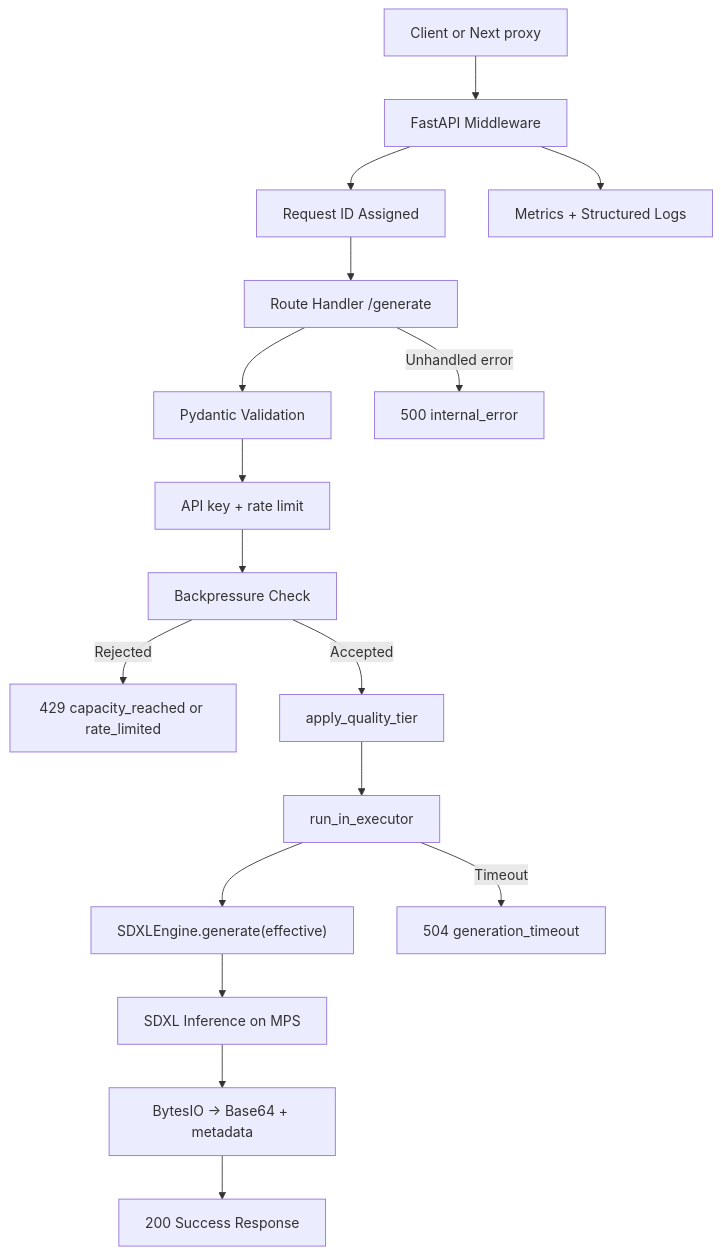
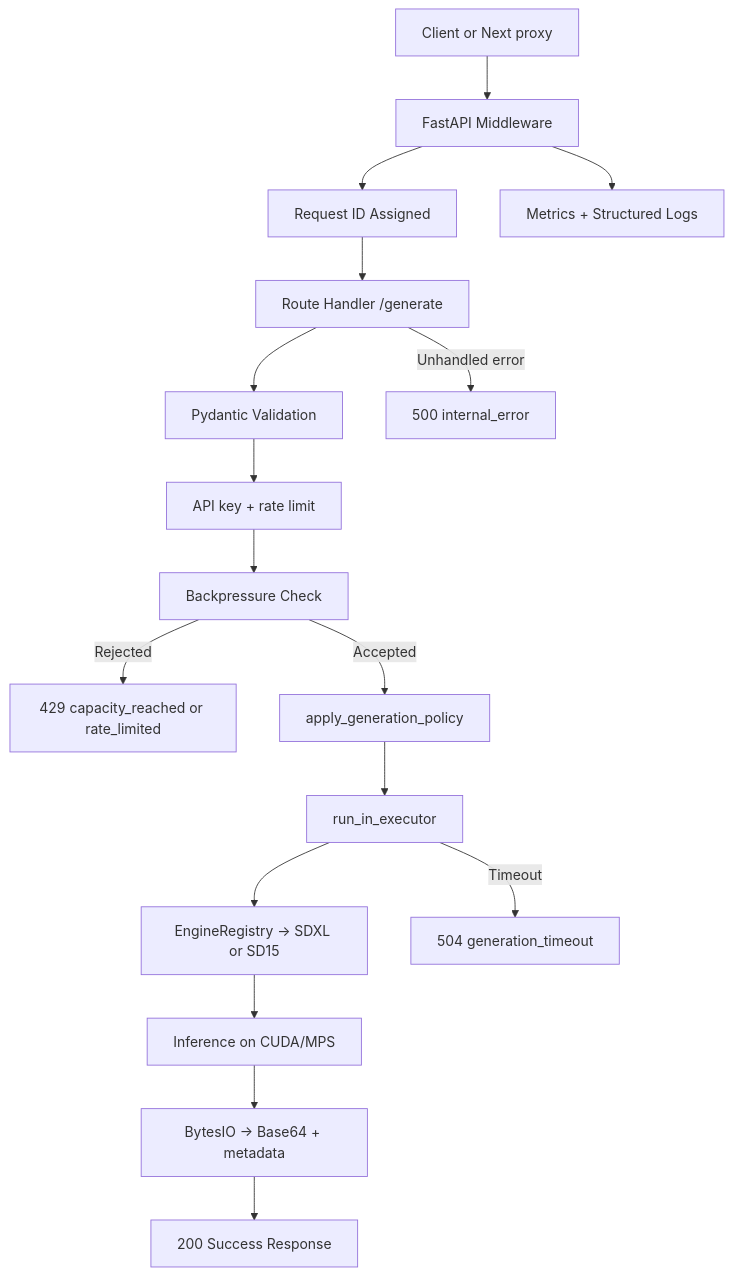
Before and after one commit to kirank93611/vid-gen-sdxl-pipe: the first of 6 diagrams in ARCHITECTURE.md, drawn with Mermaid. The commit also changed other lines of this file and 62 other files, not shown here.

````diff
--- a/ARCHITECTURE.md
+++ b/ARCHITECTURE.md
@@ -80,19 +104,19 @@
 ```mermaid
 flowchart TD
     A["Client or Next proxy"] --> B["FastAPI Middleware"]
     B --> C["Request ID Assigned"]
     C --> D["Route Handler /generate"]
     D --> E["Pydantic Validation"]
     E --> Auth["API key + rate limit"]
     Auth --> F["Backpressure Check"]
     F -->|Rejected| G["429 capacity_reached or rate_limited"]
-    F -->|Accepted| T["apply_quality_tier"]
+    F -->|Accepted| T["apply_generation_policy"]
     T --> H["run_in_executor"]
-    H --> I["SDXLEngine.generate(effective)"]
-    I --> K["SDXL Inference on MPS"]
+    H --> I["EngineRegistry → SDXL or SD15"]
+    I --> K["Inference on CUDA/MPS"]
     K --> L["BytesIO -> Base64 + metadata"]
     L --> M["200 Success Response"]
     H -->|Timeout| N["504 generation_timeout"]
     D -->|Unhandled error| O["500 internal_error"]
     B --> P["Metrics + Structured Logs"]
 ```
````
